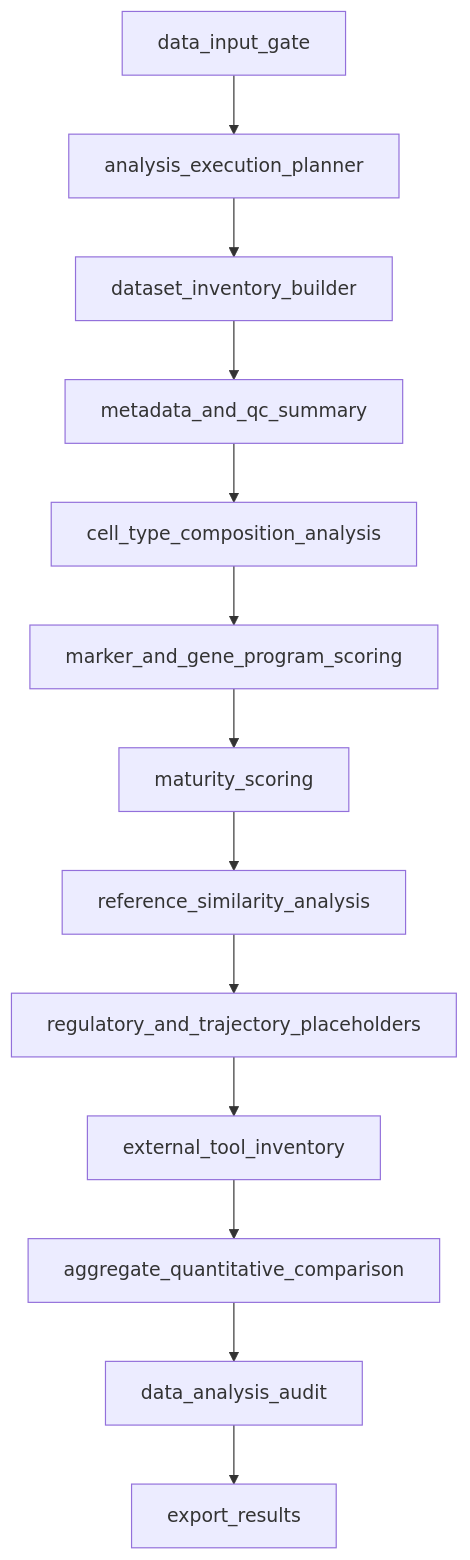
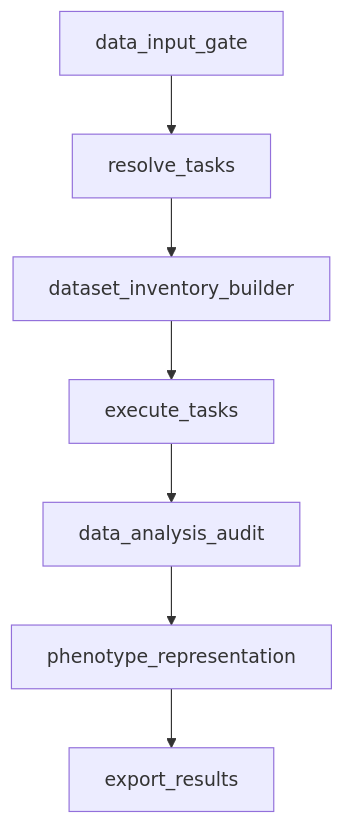
Before and after one commit to RAIN-chase/PancAgent: the third of 4 diagrams in docs/current_project_architecture.md, drawn with Mermaid. The commit also changed other lines of this file and 76 other files, not shown here.

````diff
--- a/docs/current_project_architecture.md
+++ b/docs/current_project_architecture.md
@@ -486,15 +483,9 @@
 ```mermaid
 flowchart TD
-  A[data_input_gate] --> P[analysis_execution_planner]
+  A[data_input_gate] --> P[resolve_tasks]
   P --> B[dataset_inventory_builder]
-  B --> C[metadata_and_qc_summary]
-  C --> D[cell_type_composition_analysis]
-  D --> E[marker_and_gene_program_scoring]
-  E --> F[maturity_scoring]
-  F --> G[reference_similarity_analysis]
-  G --> H[regulatory_and_trajectory_placeholders]
-  H --> I[external_tool_inventory]
-  I --> J[aggregate_quantitative_comparison]
-  J --> K[data_analysis_audit]
-  K --> L[export_results]
+  B --> E[execute_tasks]
+  E --> K[data_analysis_audit]
+  K --> R[phenotype_representation]
+  R --> L[export_results]
 ```
````
